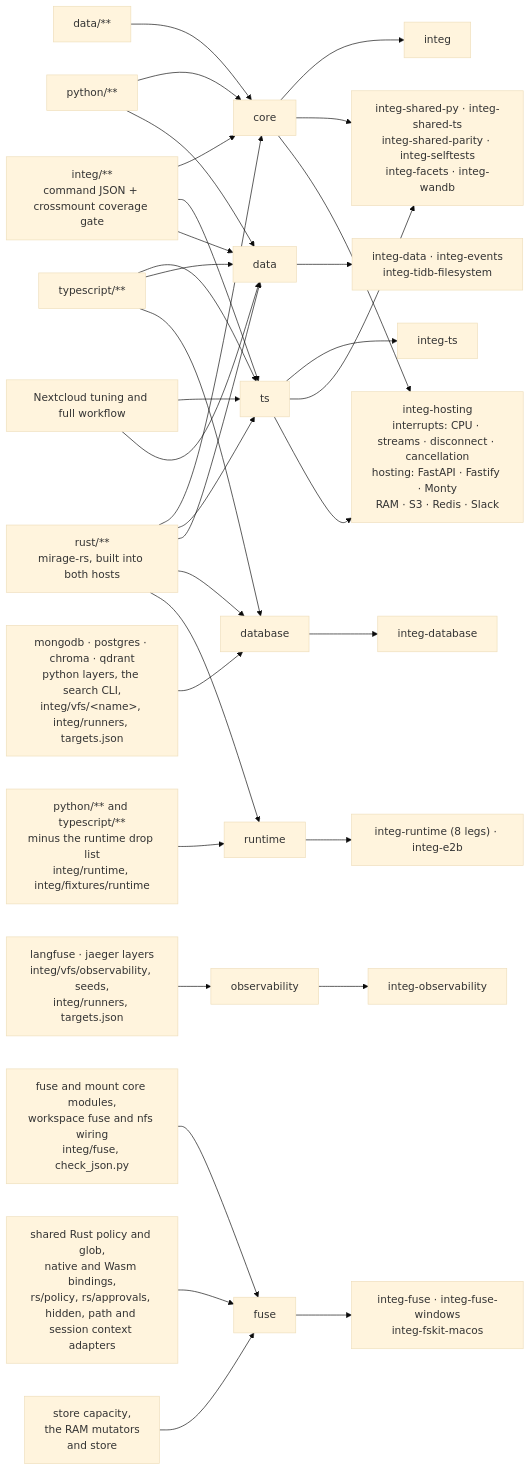
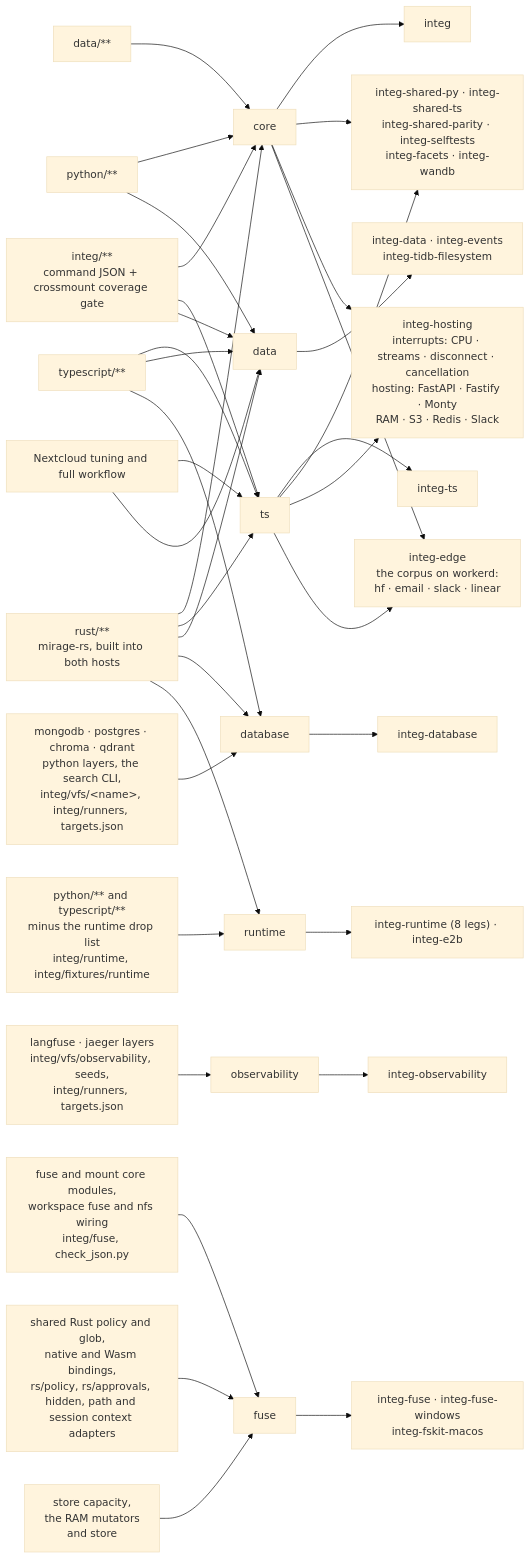
Before and after one commit to strukto-ai/mirage: the diagram in integ/README.md, drawn with Mermaid (base theme). The commit also changed 5 other files, not shown here.

````diff
--- a/integ/README.md
+++ b/integ/README.md
@@ -350,24 +350,25 @@
 ```mermaid
 flowchart LR
     PY["python/**"] --> core & data
     TSX["typescript/**"] --> ts & data & database
     IN["integ/**<br/>command JSON + crossmount coverage gate"] --> core & ts & data
     D["data/**"] --> core
     RS["rust/**<br/>mirage-rs, built into both hosts"] --> core & ts & data & database & runtime
     DB["mongodb · postgres · chroma · qdrant<br/>python layers, the search CLI,<br/>integ/vfs/&lt;name&gt;, integ/runners, targets.json"] --> database
     OB["langfuse · jaeger layers<br/>integ/vfs/observability, seeds,<br/>integ/runners, targets.json"] --> observability
     FS["fuse and mount core modules,<br/>workspace fuse and nfs wiring<br/>integ/fuse, check_json.py"] --> fuse
     FP["shared Rust policy and glob,<br/>native and Wasm bindings,<br/>rs/policy, rs/approvals, hidden, path and session context adapters"] --> fuse
     CA["store capacity,<br/>the RAM mutators<br/>and store"] --> fuse
     RT["python/** and typescript/**<br/>minus the runtime drop list<br/>integ/runtime, integ/fixtures/runtime"] --> runtime
     core --> J1["integ"]
     ts --> J2["integ-ts"]
     core & ts --> J3["integ-shared-py · integ-shared-ts<br/>integ-shared-parity · integ-selftests<br/>integ-facets · integ-wandb"]
     core & ts --> HOST["integ-hosting<br/>interrupts: CPU · streams · disconnect · cancellation<br/>hosting: FastAPI · Fastify · Monty<br/>RAM · S3 · Redis · Slack"]
+    core & ts --> EDGE["integ-edge<br/>the corpus on workerd:<br/>hf · email · slack · linear"]
     NC["Nextcloud tuning and full workflow"] --> ts & data
     data --> J4["integ-data · integ-events<br/>integ-tidb-filesystem"]
     database --> J5["integ-database"]
     observability --> J6["integ-observability"]
     fuse --> J7["integ-fuse · integ-fuse-windows<br/>integ-fskit-macos"]
     runtime --> J8["integ-runtime (8 legs) · integ-e2b"]
 ```
````
